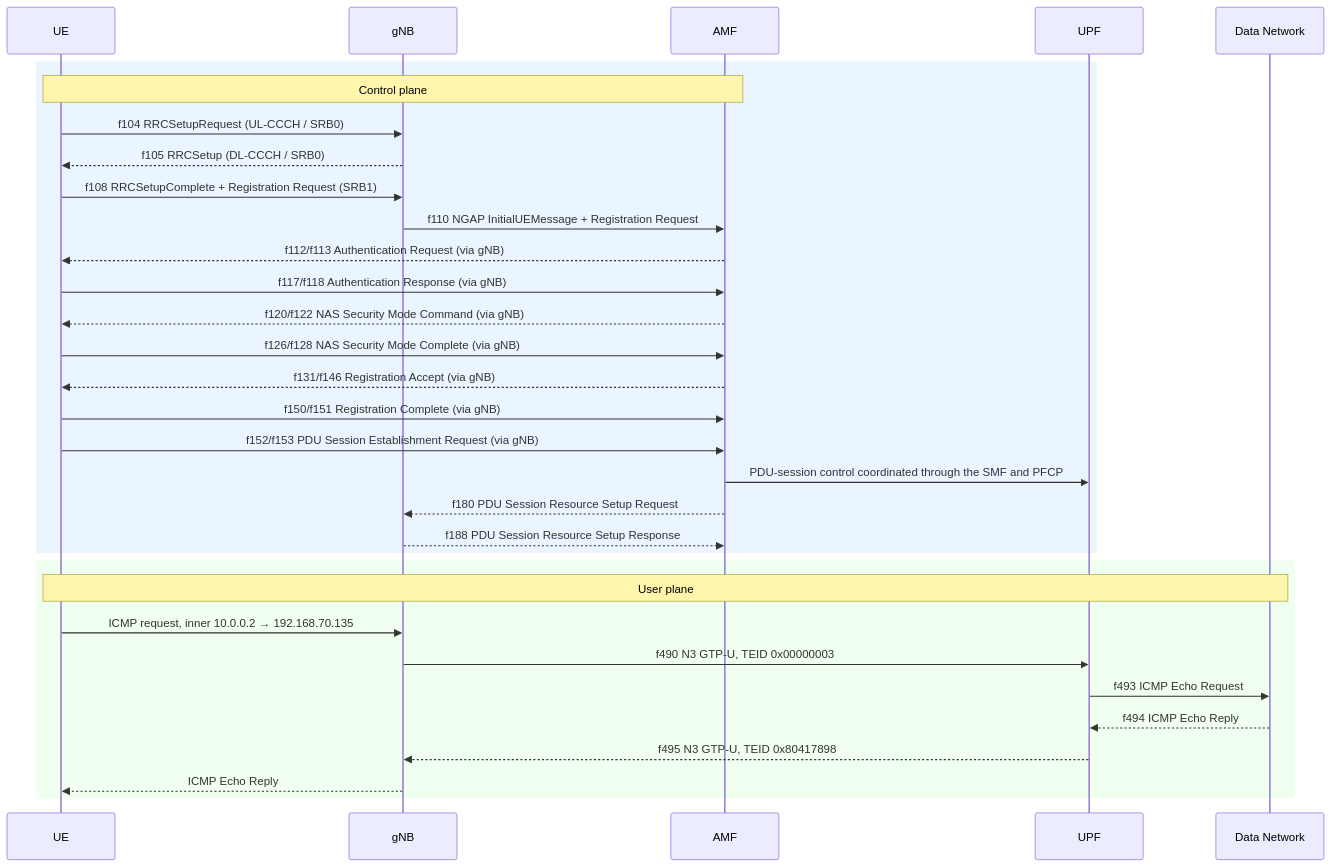
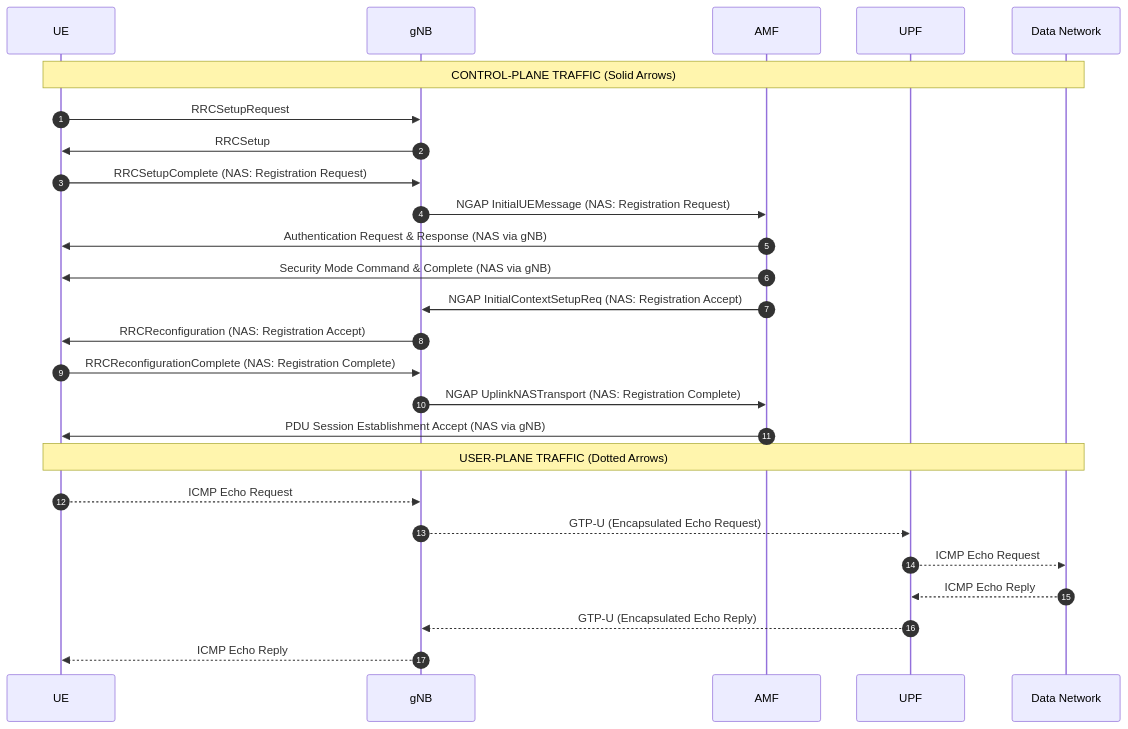
Before and after one commit to Marriusse/WC-2026-F11515001-Marius: the second of 2 diagrams in LAB1.md, drawn with Mermaid. The commit also changed other lines of this file, not shown here.

Commit message:
docs(main): sequence diagram for section 9

````diff
--- a/LAB1.md
+++ b/LAB1.md
@@ -544,36 +386,38 @@
 ```mermaid
 sequenceDiagram
+    autonumber
+    
     participant UE
     participant gNB
     participant AMF
     participant UPF
     participant DN as Data Network
 
-    rect rgb(235,245,255)
-    Note over UE,AMF: Control plane
-    UE->>gNB: f104 RRCSetupRequest (UL-CCCH / SRB0)
-    gNB-->>UE: f105 RRCSetup (DL-CCCH / SRB0)
-    UE->>gNB: f108 RRCSetupComplete + Registration Request (SRB1)
-    gNB->>AMF: f110 NGAP InitialUEMessage + Registration Request
-    AMF-->>UE: f112/f113 Authentication Request (via gNB)
-    UE->>AMF: f117/f118 Authentication Response (via gNB)
-    AMF-->>UE: f120/f122 NAS Security Mode Command (via gNB)
-    UE->>AMF: f126/f128 NAS Security Mode Complete (via gNB)
-    AMF-->>UE: f131/f146 Registration Accept (via gNB)
-    UE->>AMF: f150/f151 Registration Complete (via gNB)
-    UE->>AMF: f152/f153 PDU Session Establishment Request (via gNB)
-    AMF->>UPF: PDU-session control coordinated through the SMF and PFCP
-    AMF-->>gNB: f180 PDU Session Resource Setup Request
-    gNB-->>AMF: f188 PDU Session Resource Setup Response
-    end
+    Note over UE, DN: CONTROL-PLANE TRAFFIC (Solid Arrows)
 
-    rect rgb(240,255,240)
-    Note over UE,DN: User plane
-    UE->>gNB: ICMP request, inner 10.0.0.2 → 192.168.70.135
-    gNB->>UPF: f490 N3 GTP-U, TEID 0x00000003
-    UPF->>DN: f493 ICMP Echo Request
-    DN-->>UPF: f494 ICMP Echo Reply
-    UPF-->>gNB: f495 N3 GTP-U, TEID 0x80417898
+    UE->>gNB: RRCSetupRequest
+    gNB->>UE: RRCSetup
+    UE->>gNB: RRCSetupComplete (NAS: Registration Request)
+    gNB->>AMF: NGAP InitialUEMessage (NAS: Registration Request)
+
+    AMF->>UE: Authentication Request & Response (NAS via gNB)
+    
+    AMF->>UE: Security Mode Command & Complete (NAS via gNB)
+
+    AMF->>gNB: NGAP InitialContextSetupReq (NAS: Registration Accept)
+    gNB->>UE: RRCReconfiguration (NAS: Registration Accept)
+    UE->>gNB: RRCReconfigurationComplete (NAS: Registration Complete)
+    gNB->>AMF: NGAP UplinkNASTransport (NAS: Registration Complete)
+
+    AMF->>UE: PDU Session Establishment Accept (NAS via gNB)
+
+    Note over UE, DN: USER-PLANE TRAFFIC (Dotted Arrows)
+
+    UE-->>gNB: ICMP Echo Request
+    gNB-->>UPF: GTP-U (Encapsulated Echo Request)
+    UPF-->>DN: ICMP Echo Request
+    
+    DN-->>UPF: ICMP Echo Reply
+    UPF-->>gNB: GTP-U (Encapsulated Echo Reply)
     gNB-->>UE: ICMP Echo Reply
-    end
 ```
````
